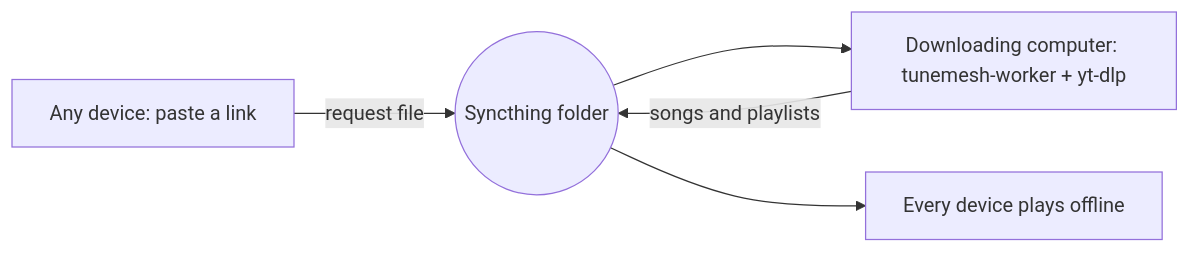
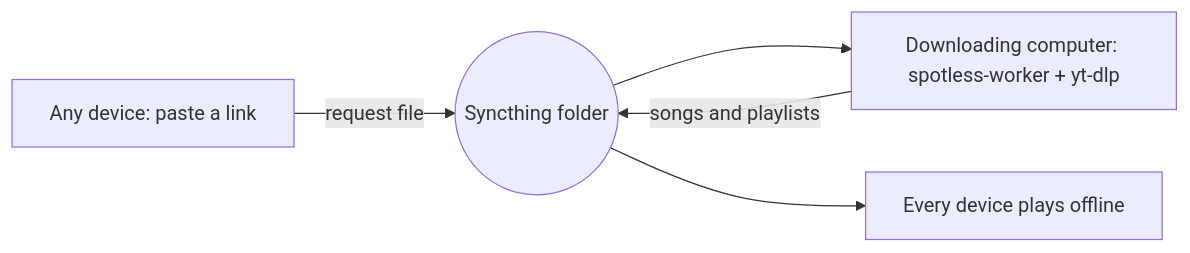
The diagram in README.md (brainage04/TuneMesh), drawn with Mermaid before and after one commit. The commit also changed other lines of this file and 364 other files, not shown here.

````diff
--- a/README.md
+++ b/README.md
@@ -13,7 +13,7 @@
 ```mermaid
 flowchart LR
     A["Any device: paste a link"] -->|request file| S((Syncthing folder))
-    S --> D["Downloading computer: tunemesh-worker + yt-dlp"]
+    S --> D["Downloading computer: spotless-worker + yt-dlp"]
     D -->|songs and playlists| S
     S --> P["Every device plays offline"]
 ```
````
